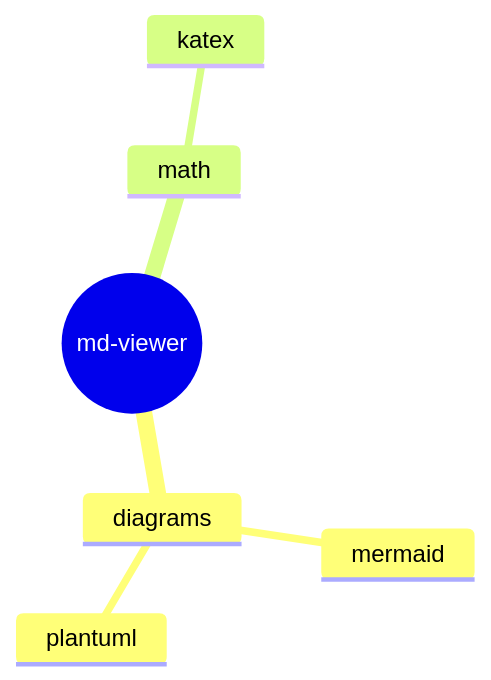
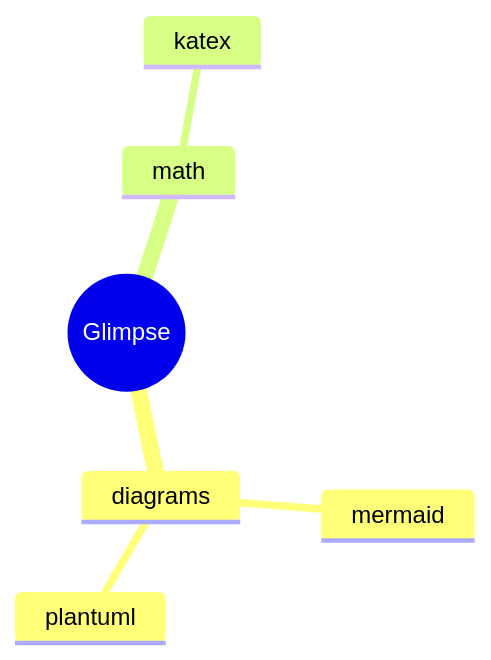
One commit to codesam88/glimpse changed the seventh of 15 diagrams in docs/fixture.md. Above: the diagram before and after it, drawn with Mermaid. The commit also changed other lines of this file and 8 other files, not shown here.

Commit message:
chore: rename product to Glimpse (app.glimpse.viewer)

````diff
--- a/docs/fixture.md
+++ b/docs/fixture.md
@@ -114,9 +114,9 @@
 ```mermaid
 mindmap
-  root((md-viewer))
+  root((Glimpse))
     diagrams
       mermaid
       plantuml
     math
       katex
 ```
````
